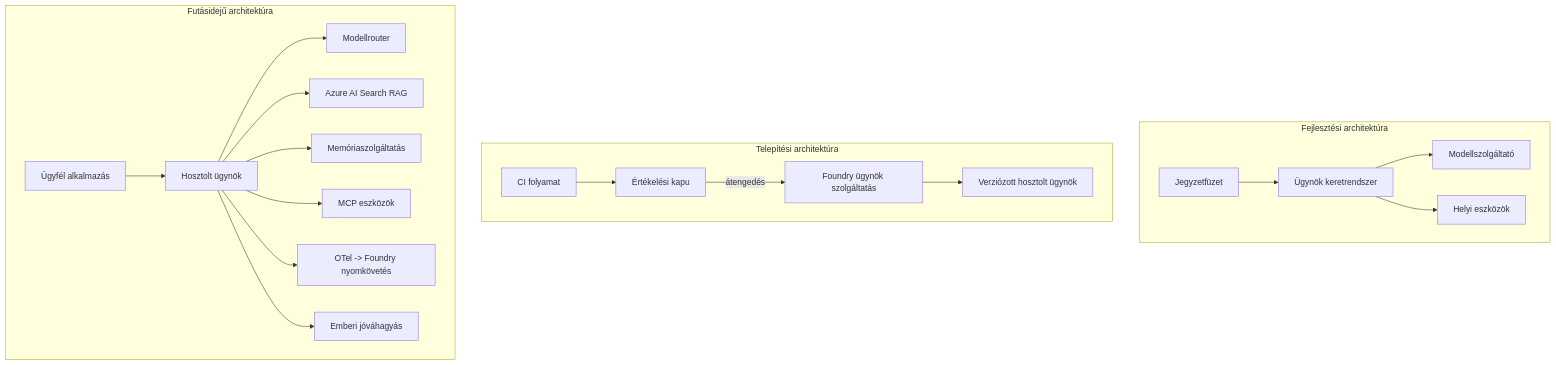
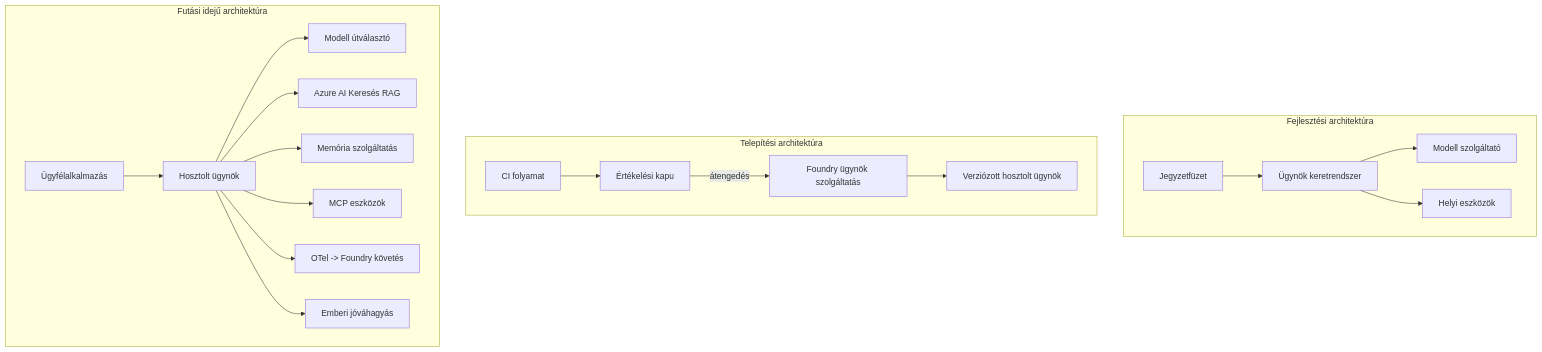
One commit to gabrielmoreira/agent-skills-mirror changed the fourth of 4 diagrams in mirrors/repos/microsoft@ai-agents-for-beginners/translations/hu/16-deploying-scalable-agents/README.md. Above: the diagram before and after it, drawn with Mermaid. The commit also changed other lines of this file and 4262 other files, not shown here.

````diff
--- a/mirrors/repos/microsoft@ai-agents-for-beginners/translations/hu/16-deploying-scalable-agents/README.md
+++ b/mirrors/repos/microsoft@ai-agents-for-beginners/translations/hu/16-deploying-scalable-agents/README.md
@@ -185,22 +185,22 @@
 ```mermaid
 flowchart TB
     subgraph Dev[Fejlesztési architektúra]
         D1[Jegyzetfüzet] --> D2[Ügynök keretrendszer]
-        D2 --> D3[Modellszolgáltató]
+        D2 --> D3[Modell szolgáltató]
         D2 --> D4[Helyi eszközök]
     end
     subgraph Deploy[Telepítési architektúra]
         E1[CI folyamat] --> E2[Értékelési kapu]
         E2 -->|átengedés| E3[Foundry ügynök szolgáltatás]
         E3 --> E4[Verziózott hosztolt ügynök]
     end
-    subgraph Run[Futásidejű architektúra]
-        F1[Ügyfél alkalmazás] --> F2[Hosztolt ügynök]
-        F2 --> F3[Modellrouter]
-        F2 --> F4[Azure AI Search RAG]
-        F2 --> F5[Memóriaszolgáltatás]
+    subgraph Run[Futási idejű architektúra]
+        F1[Ügyfélalkalmazás] --> F2[Hosztolt ügynök]
+        F2 --> F3[Modell útválasztó]
+        F2 --> F4[Azure AI Keresés RAG]
+        F2 --> F5[Memória szolgáltatás]
         F2 --> F6[MCP eszközök]
-        F2 --> F7[OTel -> Foundry nyomkövetés]
+        F2 --> F7[OTel -> Foundry követés]
         F2 --> F8[Emberi jóváhagyás]
     end
 ```
````
